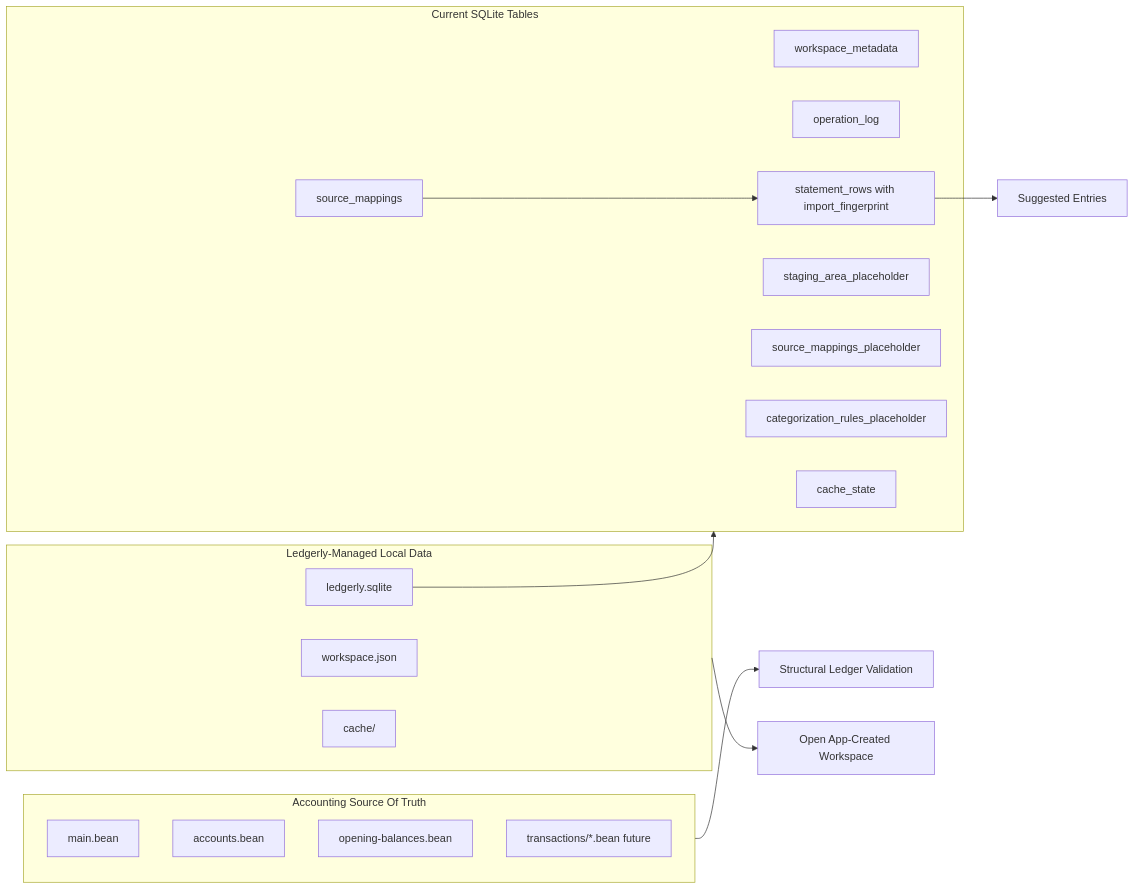
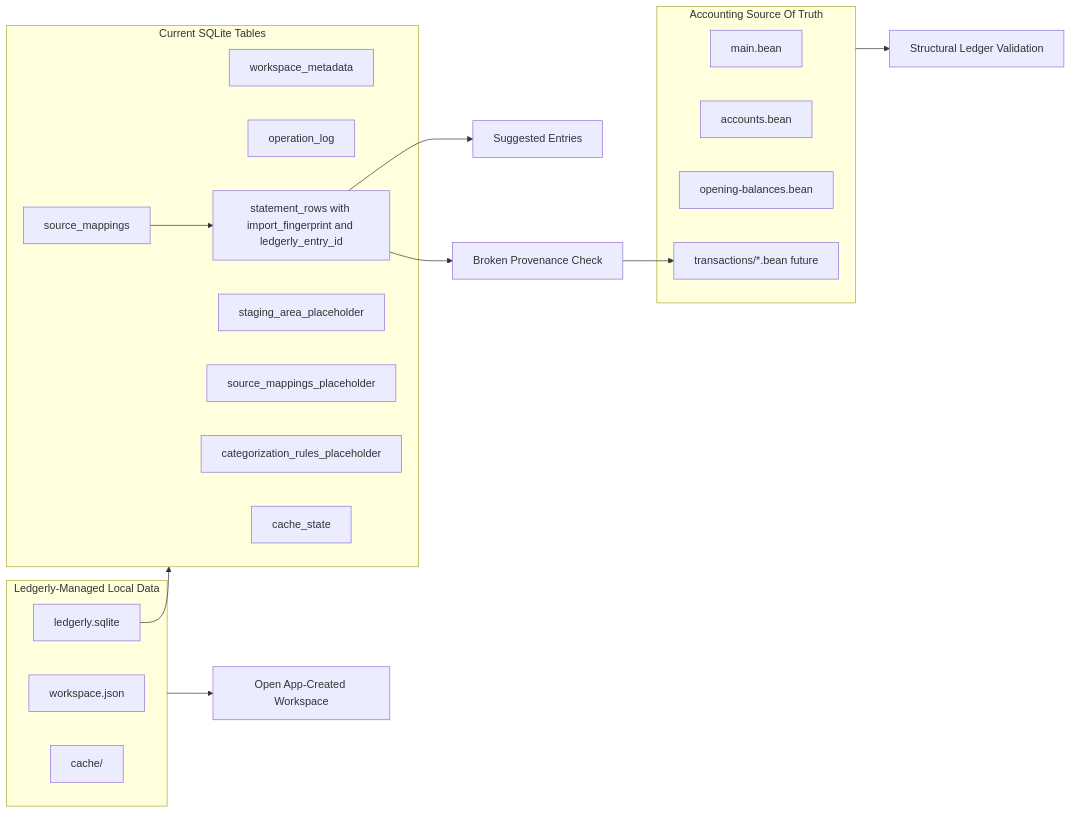
One commit to ryenski/Ledgerly-MVP changed the third of 4 diagrams in docs/architecture.md. Above: the diagram before and after it, drawn with Mermaid. The commit also changed other lines of this file and 13 other files, not shown here.

````diff
--- a/docs/architecture.md
+++ b/docs/architecture.md
@@ -193,32 +204,34 @@
 ```mermaid
 flowchart LR
   subgraph SourceOfTruth[Accounting Source Of Truth]
     MainBean[main.bean]
     AccountsBean[accounts.bean]
     OpeningBalances[opening-balances.bean]
     FutureMonthly[transactions/*.bean future]
   end
 
   subgraph LedgerlyManaged[Ledgerly-Managed Local Data]
     Manifest[workspace.json]
     Sqlite[ledgerly.sqlite]
     Cache[cache/]
   end
 
   subgraph CurrentSqlite[Current SQLite Tables]
     Metadata[workspace_metadata]
     OperationLog[operation_log]
     SourceMappings[source_mappings]
-    StatementRows[statement_rows with import_fingerprint]
+    StatementRows[statement_rows with import_fingerprint and ledgerly_entry_id]
     StagingPlaceholder[staging_area_placeholder]
     MappingPlaceholder[source_mappings_placeholder]
     RulesPlaceholder[categorization_rules_placeholder]
     CacheState[cache_state]
   end
 
   SourceOfTruth --> Validation[Structural Ledger Validation]
   LedgerlyManaged --> OpenWorkspace[Open App-Created Workspace]
   Sqlite --> CurrentSqlite
   SourceMappings --> StatementRows
   StatementRows --> SuggestedEntries[Suggested Entries]
+  StatementRows --> ProvenanceCheck[Broken Provenance Check]
+  ProvenanceCheck --> FutureMonthly
 ```
````
